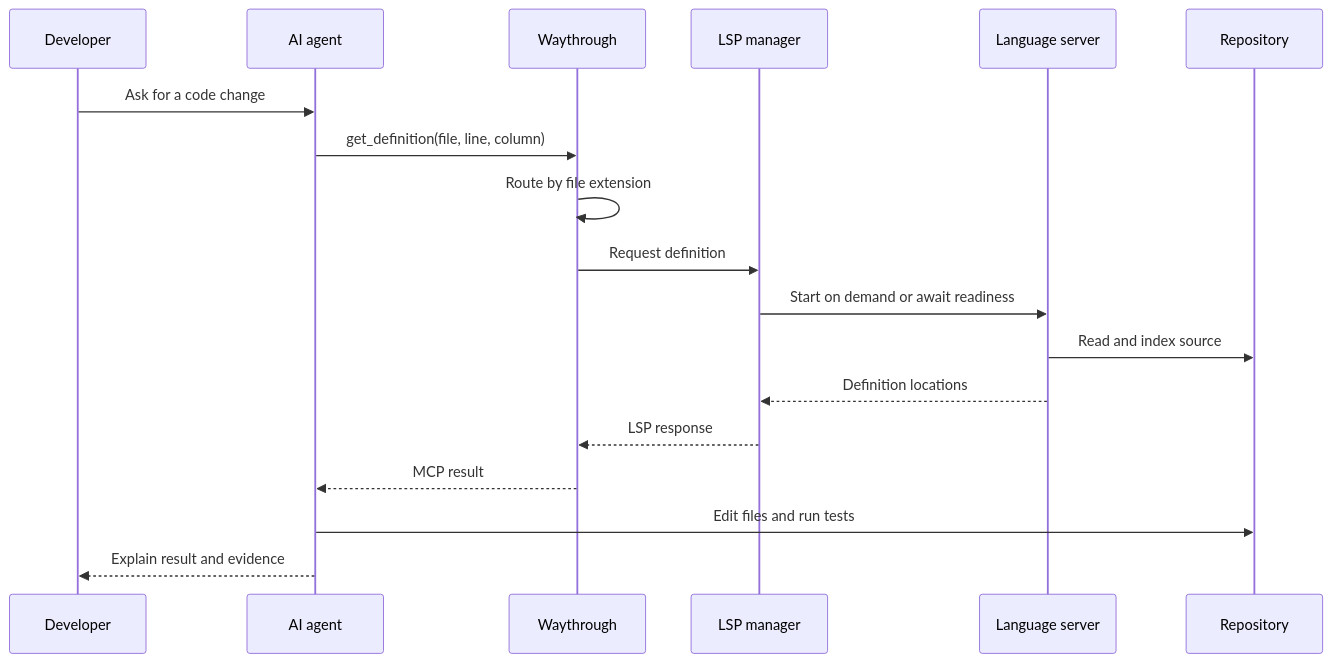
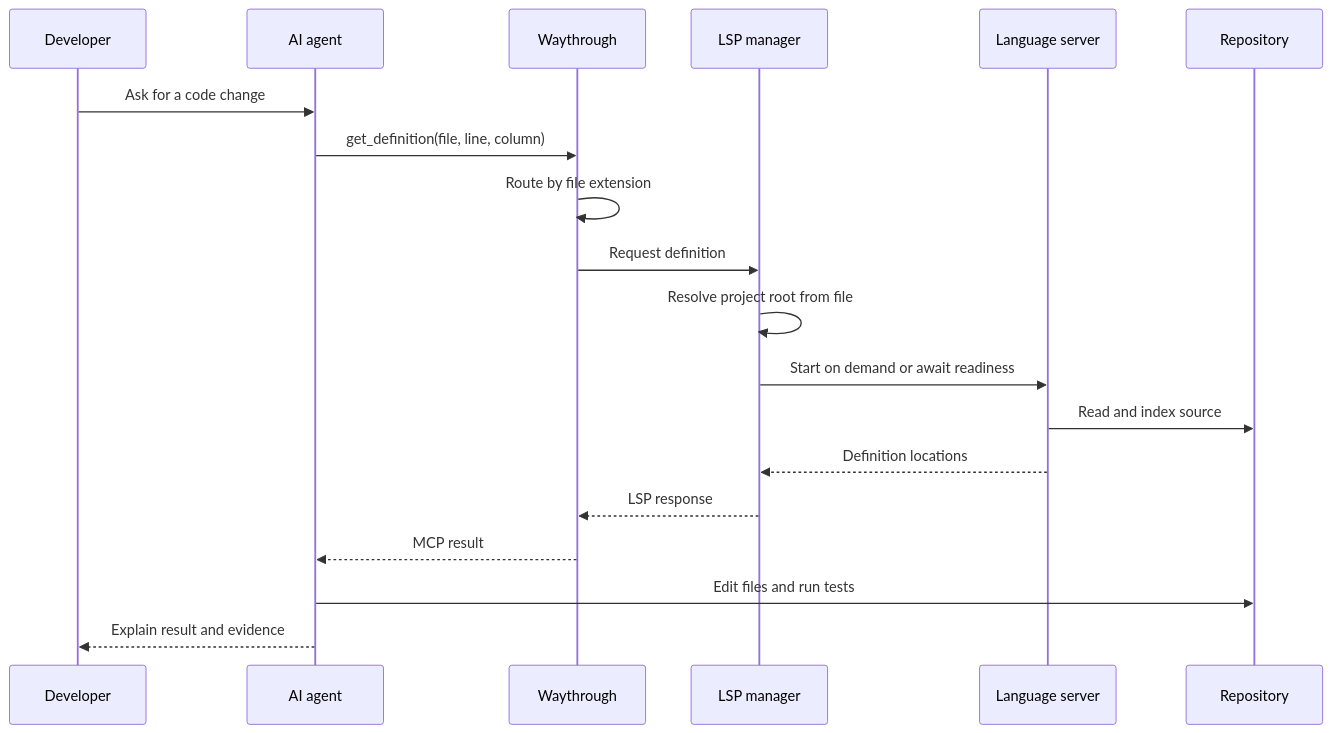
Before and after one commit to gustavofsantos/waythrough: the first of 2 diagrams in docs/ARCHITECTURE.md, drawn with Mermaid. The commit also changed other lines of this file and 1 other file, not shown here.

Commit message:
docs: explain root marker configuration

````diff
--- a/docs/ARCHITECTURE.md
+++ b/docs/ARCHITECTURE.md
@@ -65,21 +66,22 @@
 ```mermaid
 sequenceDiagram
   participant D as Developer
   participant A as AI agent
   participant W as Waythrough
   participant M as LSP manager
   participant L as Language server
   participant R as Repository
 
   D->>A: Ask for a code change
   A->>W: get_definition(file, line, column)
   W->>W: Route by file extension
   W->>M: Request definition
+  M->>M: Resolve project root from file
   M->>L: Start on demand or await readiness
   L->>R: Read and index source
   L-->>M: Definition locations
   M-->>W: LSP response
   W-->>A: MCP result
   A->>R: Edit files and run tests
   A-->>D: Explain result and evidence
 ```
````
